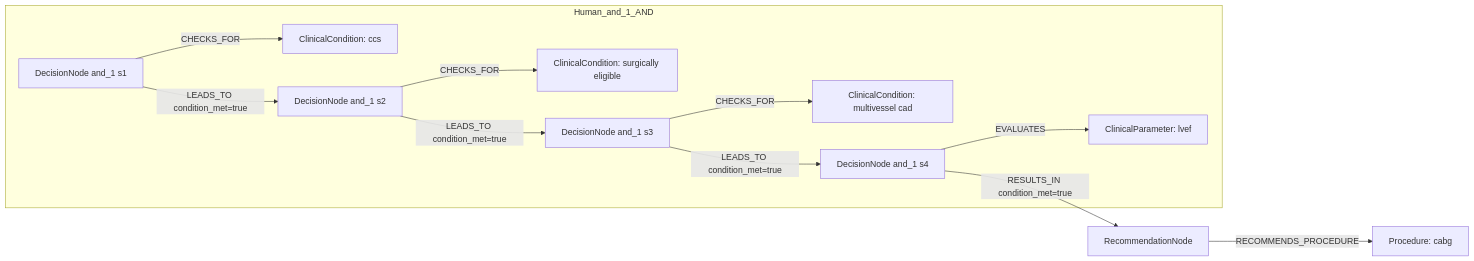
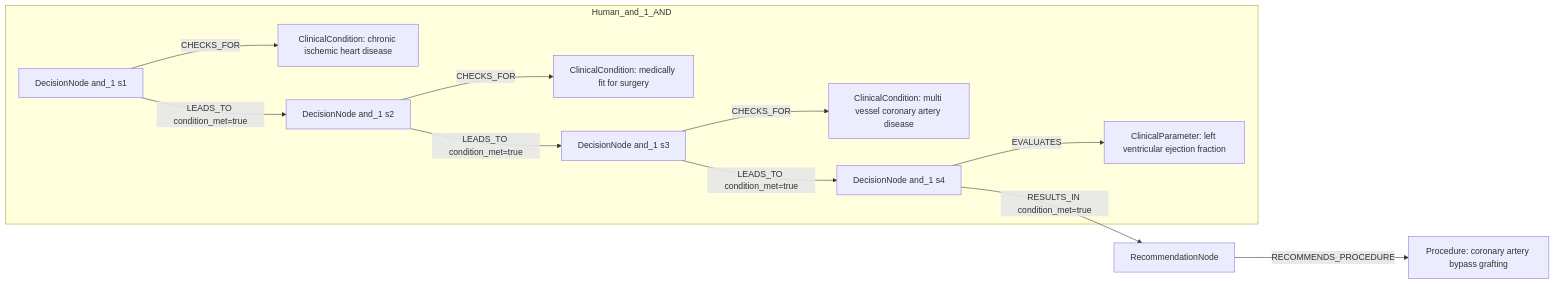
The first of 2 diagrams in docs/table22_rows_comparison/row_10.md (dieterich-lab/CardioGuidelinesGraph), drawn with Mermaid before and after one commit. The commit also changed other lines of this file and 27 other files, not shown here.

````diff
--- a/docs/table22_rows_comparison/row_10.md
+++ b/docs/table22_rows_comparison/row_10.md
@@ -299,24 +116,24 @@
 ```mermaid
 graph LR
   REC[RecommendationNode]
-  ACT1[Procedure: cabg]
+  ACT1[Procedure: coronary artery bypass grafting]
   REC -->|RECOMMENDS_PROCEDURE| ACT1
   subgraph Human_and_1_AND
     D_and_1_1[DecisionNode and_1 s1]
-    C_and_1_1[ClinicalCondition: ccs]
+    C_and_1_1[ClinicalCondition: chronic ischemic heart disease]
     D_and_1_1 -->|CHECKS_FOR| C_and_1_1
     D_and_1_2[DecisionNode and_1 s2]
-    C_and_1_2[ClinicalCondition: surgically eligible]
+    C_and_1_2[ClinicalCondition: medically fit for surgery]
     D_and_1_2 -->|CHECKS_FOR| C_and_1_2
     D_and_1_3[DecisionNode and_1 s3]
-    C_and_1_3[ClinicalCondition: multivessel cad]
+    C_and_1_3[ClinicalCondition: multi vessel coronary artery disease]
     D_and_1_3 -->|CHECKS_FOR| C_and_1_3
     D_and_1_4[DecisionNode and_1 s4]
-    C_and_1_4[ClinicalParameter: lvef]
+    C_and_1_4[ClinicalParameter: left ventricular ejection fraction]
     D_and_1_4 -->|EVALUATES| C_and_1_4
     D_and_1_1 -->|LEADS_TO condition_met=true| D_and_1_2
     D_and_1_2 -->|LEADS_TO condition_met=true| D_and_1_3
     D_and_1_3 -->|LEADS_TO condition_met=true| D_and_1_4
   end
   D_and_1_4 -->|RESULTS_IN condition_met=true| REC
 ```
````
